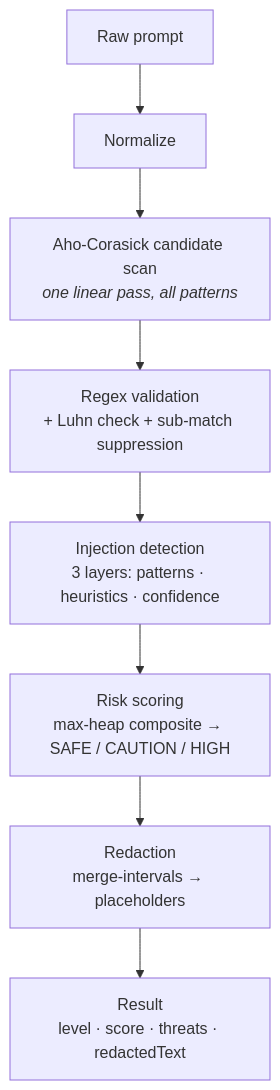
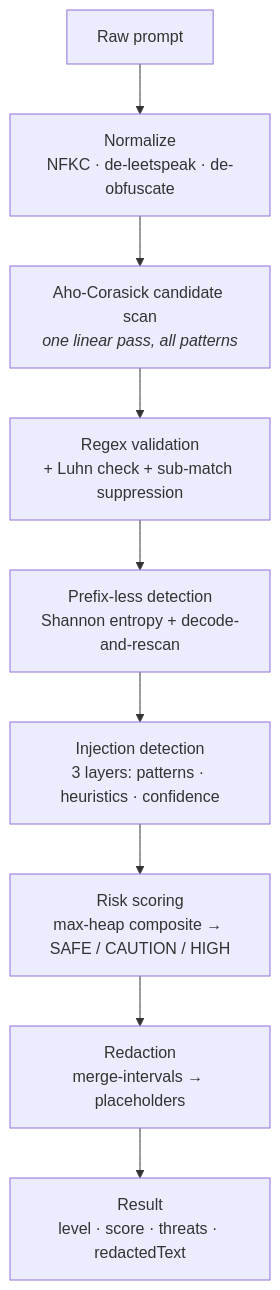
The second of 2 diagrams in README.md (alirizzzv/SENTINEL), drawn with Mermaid before and after one commit. The commit also changed other lines of this file and 12 other files, not shown here.

First line of the commit message:
feat(engine): layered prefix-less detection + obfuscation resistance

````diff
--- a/README.md
+++ b/README.md
@@ -93,10 +93,11 @@
 ```mermaid
 flowchart TD
-  A["Raw prompt"] --> B["Normalize"]
+  A["Raw prompt"] --> B["Normalize<br/>NFKC · de-leetspeak · de-obfuscate"]
   B --> C["Aho-Corasick candidate scan<br/><i>one linear pass, all patterns</i>"]
   C --> D["Regex validation<br/>+ Luhn check + sub-match suppression"]
-  D --> E["Injection detection<br/>3 layers: patterns · heuristics · confidence"]
-  E --> F["Risk scoring<br/>max-heap composite → SAFE / CAUTION / HIGH"]
-  F --> G["Redaction<br/>merge-intervals → placeholders"]
-  G --> H["Result<br/>level · score · threats · redactedText"]
+  D --> E["Prefix-less detection<br/>Shannon entropy + decode-and-rescan"]
+  E --> F["Injection detection<br/>3 layers: patterns · heuristics · confidence"]
+  F --> G["Risk scoring<br/>max-heap composite → SAFE / CAUTION / HIGH"]
+  G --> H["Redaction<br/>merge-intervals → placeholders"]
+  H --> I["Result<br/>level · score · threats · redactedText"]
 ```
````
